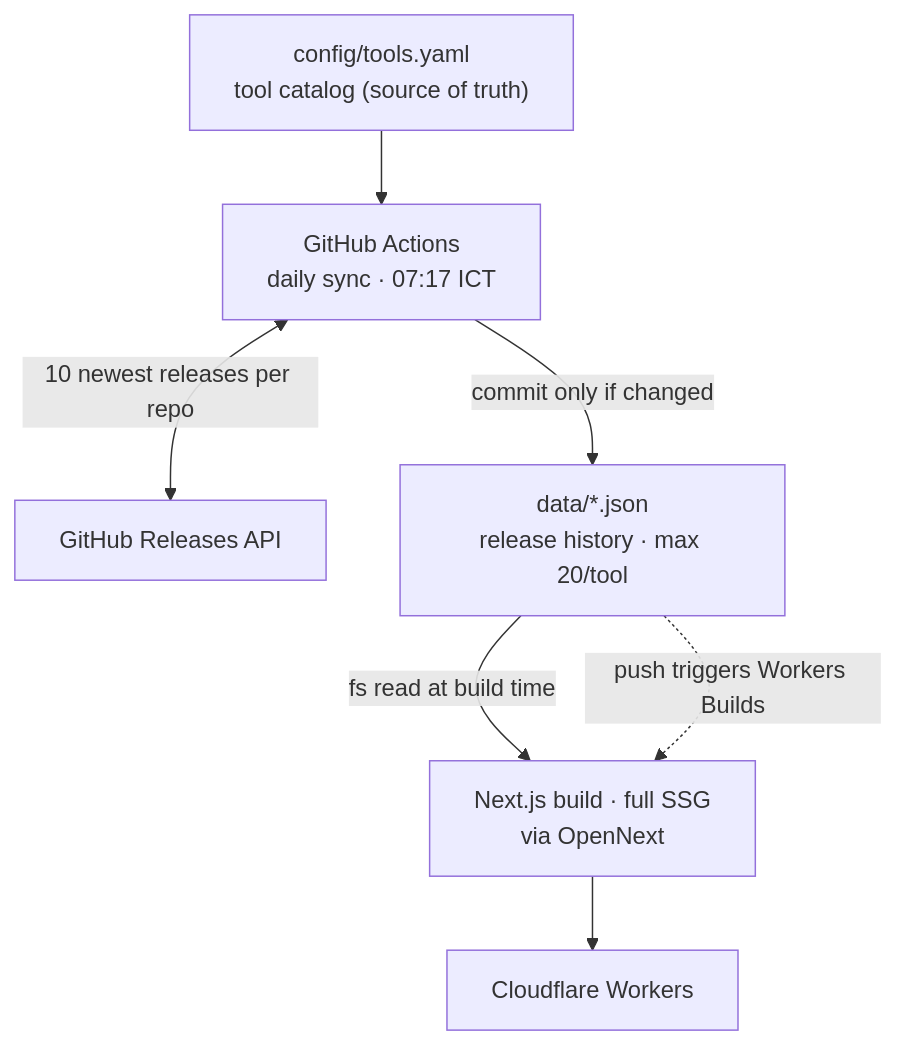
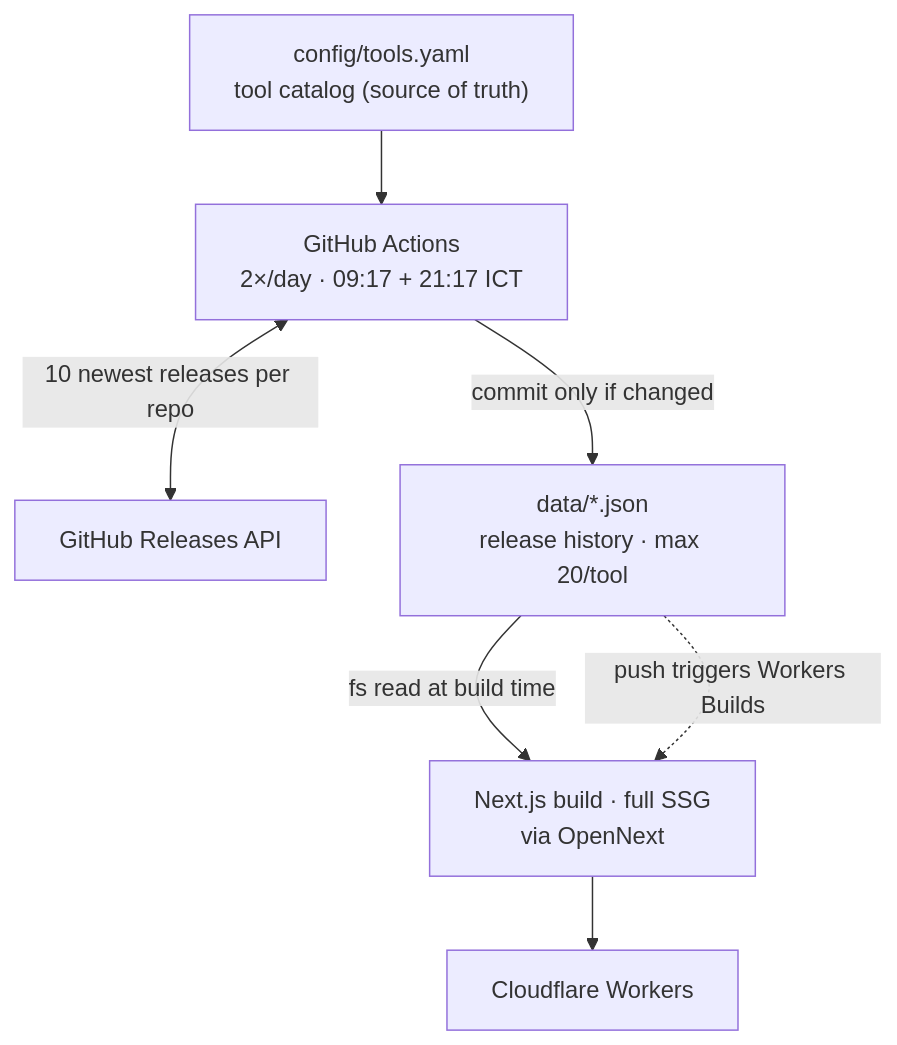
One commit to duynhlab/release-radar changed the diagram in README.md. Above: the diagram before and after it, drawn with Mermaid. The commit also changed other lines of this file and 2 other files, not shown here.

First line of the commit message:
Sync twice daily, add Dependabot

````diff
--- a/README.md
+++ b/README.md
@@ -6,16 +6,16 @@
 ```mermaid
 flowchart TD
     catalog["config/tools.yaml<br/>tool catalog (source of truth)"]
-    sync["GitHub Actions<br/>daily sync · 07:17 ICT"]
+    sync["GitHub Actions<br/>2×/day · 09:17 + 21:17 ICT"]
     api["GitHub Releases API"]
     data["data/*.json<br/>release history · max 20/tool"]
     build["Next.js build · full SSG<br/>via OpenNext"]
     cf["Cloudflare Workers"]
 
     catalog --> sync
     sync <-->|"10 newest releases per repo"| api
     sync -->|"commit only if changed"| data
     data -->|"fs read at build time"| build
     build --> cf
     data -.->|"push triggers Workers Builds"| build
 ```
````
